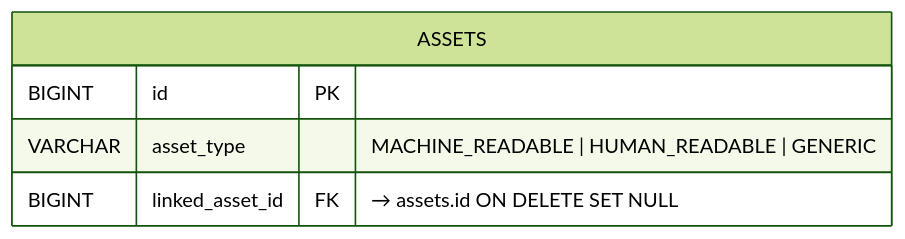
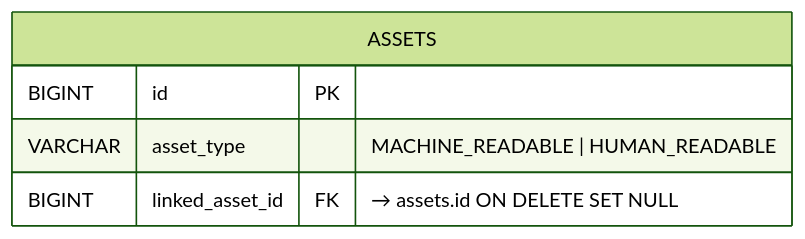
Diagram 13 of 13 in federated-catalogue/src/docs/architecture/chapters/05_building_block_view.adoc (federated-catalogue-enhancements-2026/docs), drawn with Mermaid (forest theme) before and after one commit.

Commit message:
feat(CAT-FR-SF-03): resolve PR comments

```diff
--- a/federated-catalogue/src/docs/architecture/chapters/05_building_block_view.adoc
+++ b/federated-catalogue/src/docs/architecture/chapters/05_building_block_view.adoc
@@ -1298,9 +1298,9 @@
 [mermaid, width=2000]
 ....
 erDiagram
     ASSETS {
         BIGINT id PK
-        VARCHAR asset_type "MACHINE_READABLE | HUMAN_READABLE | GENERIC"
+        VARCHAR asset_type "MACHINE_READABLE | HUMAN_READABLE"
         BIGINT linked_asset_id FK "→ assets.id ON DELETE SET NULL"
     }
 ....
```
